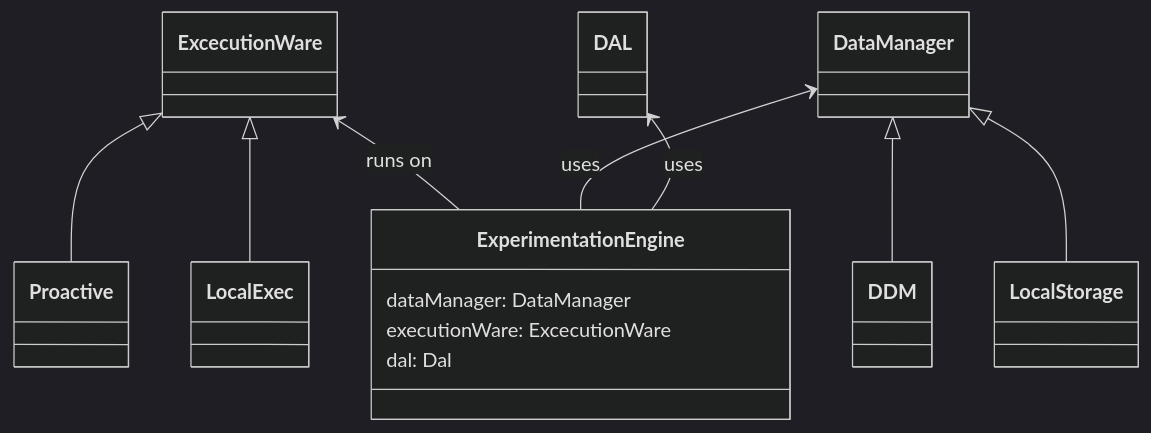
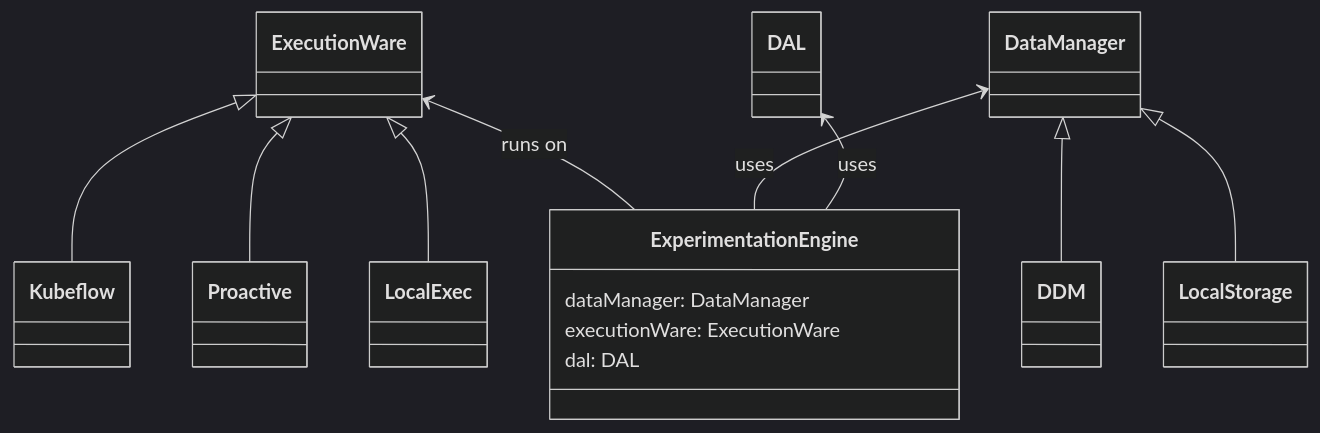
One commit to extremexp-HORIZON/extremexp-experimentation-engine changed the diagram in docs/index.md. Above: the diagram before and after it, drawn with Mermaid (dark theme). The commit also changed other lines of this file and 11 other files, not shown here.

````diff
--- a/docs/index.md
+++ b/docs/index.md
@@ -12,29 +12,32 @@
 ``` mermaid
 classDiagram
-  ExcecutionWare <-- ExperimentationEngine:runs on
-  ExcecutionWare <|-- LocalExec
-  ExcecutionWare <|-- Proactive
+  ExecutionWare <-- ExperimentationEngine:runs on
+  ExecutionWare <|-- LocalExec
+  ExecutionWare <|-- Proactive
+  ExecutionWare <|-- Kubeflow
   DataManager <-- ExperimentationEngine:uses
   DataManager <|-- LocalStorage
   DataManager <|-- DDM
   DAL <-- ExperimentationEngine:uses
   class ExperimentationEngine{
     dataManager: DataManager
-    executionWare: ExcecutionWare
-    dal: Dal
+    executionWare: ExecutionWare
+    dal: DAL
   }
   class DataManager{
   }
   class LocalStorage{
   }
   class DDM{
   }
-  class ExcecutionWare{
+  class ExecutionWare{
   }
   class LocalExec{
   }
   class Proactive{
   }
+  class Kubeflow{
+  }
   class DAL{
   }
 ```
````
